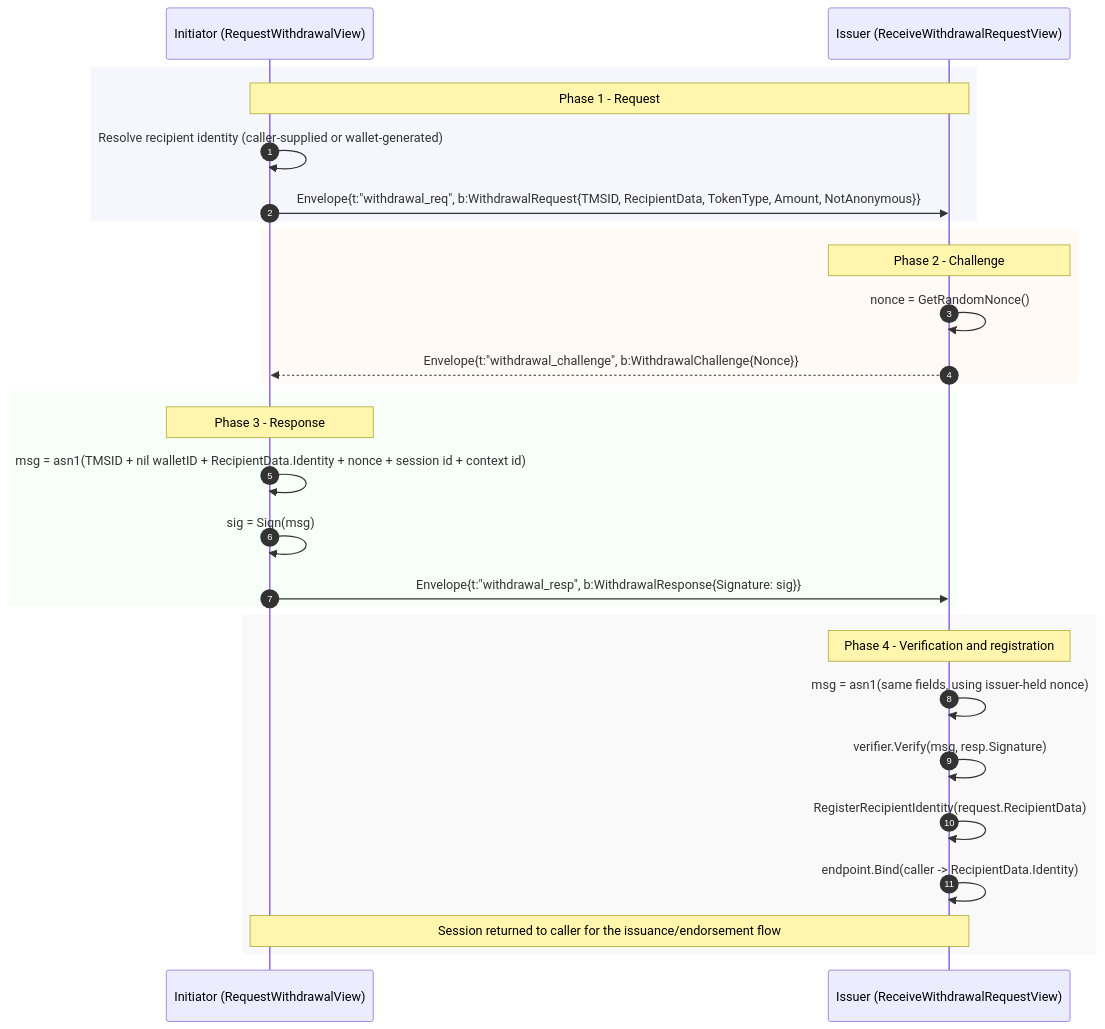
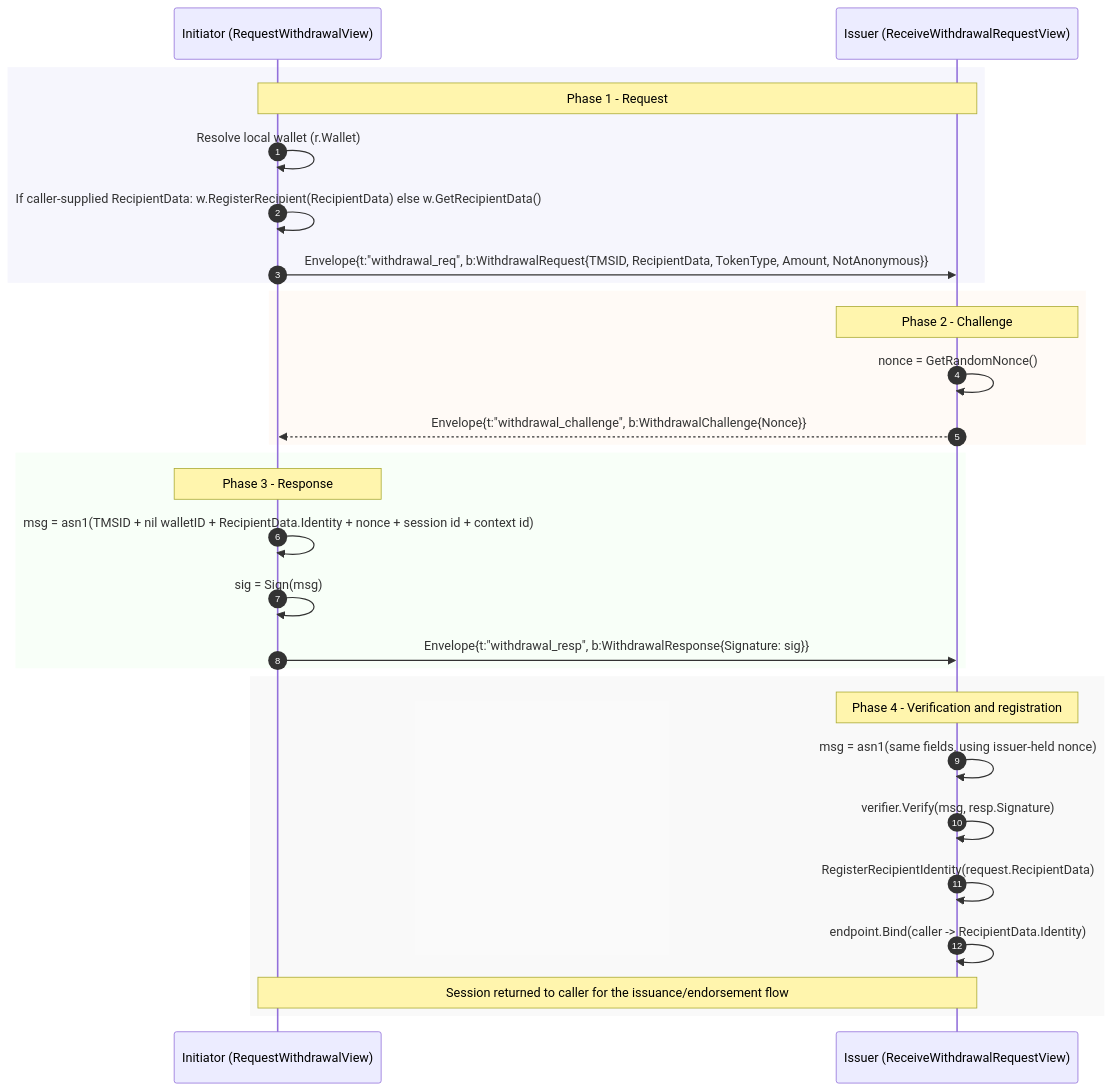
One commit to Built-by-Sign/panurus changed the fifth of 9 diagrams in docs/services/ttx.md. Above: the diagram before and after it, drawn with Mermaid. The commit also changed other lines of this file and 4 other files, not shown here.

Commit message:
fix(ttx): enforce recipient data registration on external withdrawal path (#1923)

````diff
--- a/docs/services/ttx.md
+++ b/docs/services/ttx.md
@@ -318,34 +318,35 @@
 ```mermaid
 sequenceDiagram
     autonumber
     participant I as Initiator (RequestWithdrawalView)
     participant Iss as Issuer (ReceiveWithdrawalRequestView)
 
     rect rgba(230, 230, 250, 0.35)
         Note over I,Iss: Phase 1 - Request
-        I->>I: Resolve recipient identity (caller-supplied or wallet-generated)
+        I->>I: Resolve local wallet (r.Wallet)
+        I->>I: If caller-supplied RecipientData: w.RegisterRecipient(RecipientData) else w.GetRecipientData()
         I->>Iss: Envelope{t:"withdrawal_req", b:WithdrawalRequest{TMSID, RecipientData, TokenType, Amount, NotAnonymous}}
     end
 
     rect rgba(255, 245, 238, 0.5)
         Note over Iss: Phase 2 - Challenge
         Iss->>Iss: nonce = GetRandomNonce()
         Iss-->>I: Envelope{t:"withdrawal_challenge", b:WithdrawalChallenge{Nonce}}
     end
 
     rect rgba(240, 255, 240, 0.45)
         Note over I: Phase 3 - Response
         I->>I: msg = asn1(TMSID + nil walletID + RecipientData.Identity + nonce + session id + context id)
         I->>I: sig = Sign(msg)
         I->>Iss: Envelope{t:"withdrawal_resp", b:WithdrawalResponse{Signature: sig}}
     end
 
     rect rgba(245, 245, 245, 0.55)
         Note over Iss: Phase 4 - Verification and registration
         Iss->>Iss: msg = asn1(same fields, using issuer-held nonce)
         Iss->>Iss: verifier.Verify(msg, resp.Signature)
         Iss->>Iss: RegisterRecipientIdentity(request.RecipientData)
         Iss->>Iss: endpoint.Bind(caller -> RecipientData.Identity)
         Note over I,Iss: Session returned to caller for the issuance/endorsement flow
     end
 ```
````
